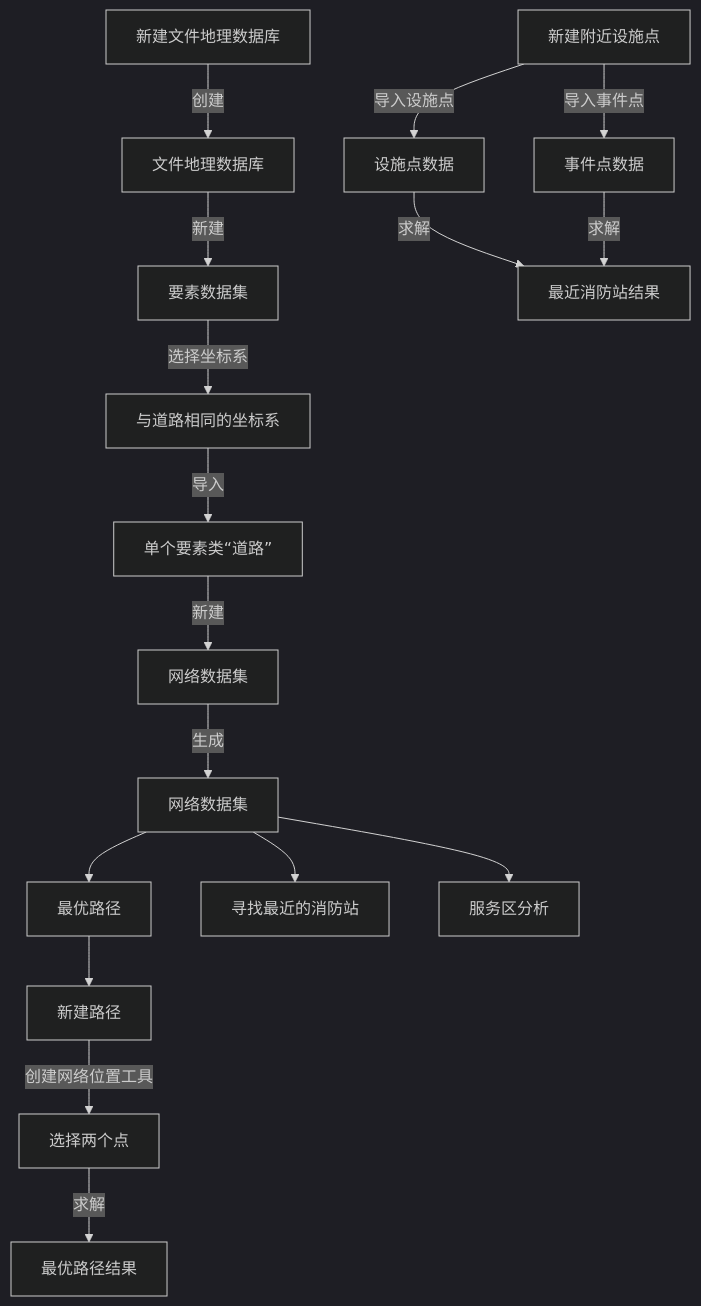
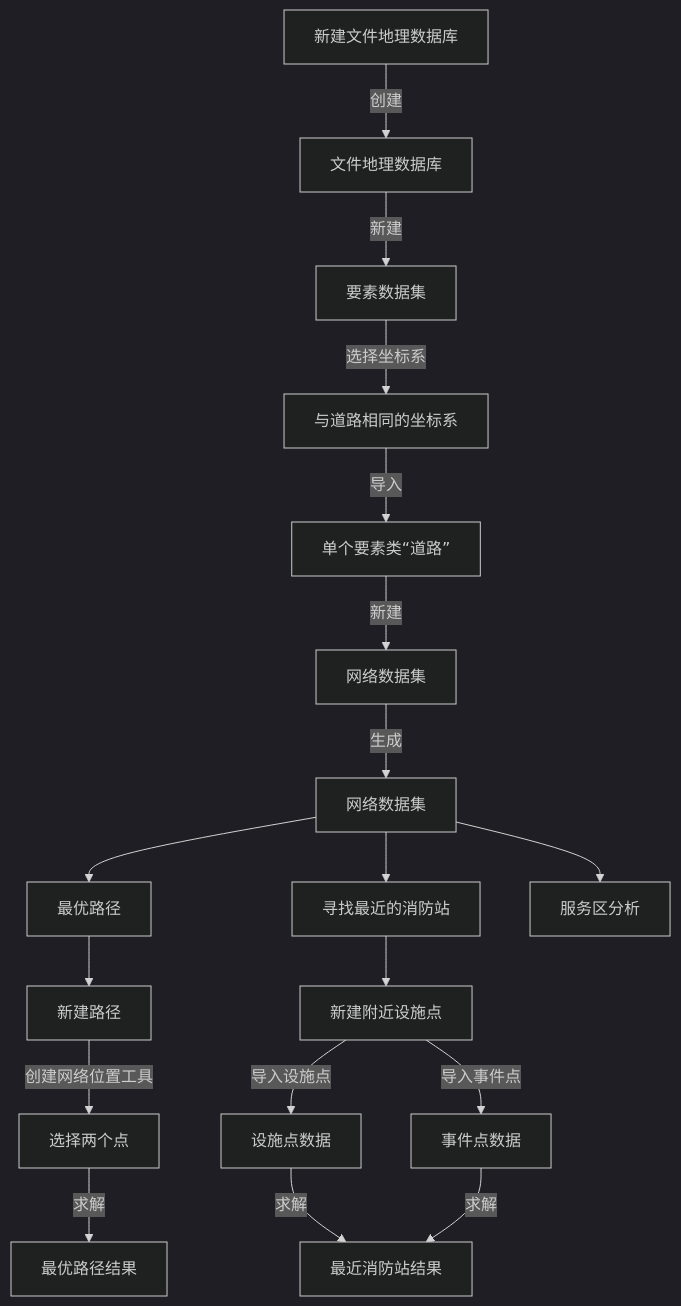
Before and after one commit to newguser/iodraw-files: the diagram in all/未命名.md, drawn with Mermaid (dark theme).

Commit message:
2025-02-27 21:17:36 update

````diff
--- a/all/未命名.md
+++ b/all/未命名.md
@@ -1,20 +1,20 @@
 ```mermaid
 graph TD
     A[新建文件地理数据库] -->|创建| B[文件地理数据库]
     B -->|新建| C[要素数据集]
     C -->|选择坐标系| D[与道路相同的坐标系]
     D -->|导入| E[单个要素类“道路”]
     E -->|新建| F[网络数据集]
     F -->|生成| G[网络数据集]
     G[网络数据集] -->H[最优路径]
     G[网络数据集] -->I[寻找最近的消防站]
     G[网络数据集] -->J[服务区分析]
     H[最优路径]-->H1[新建路径]
     H1[新建路径] -->|创建网络位置工具| H2[选择两个点]
         H2 -->|求解| H3[最优路径结果]
-    I[寻找最近的消防站]
+    I[寻找最近的消防站]-->I1[新建附近设施点]
     I1[新建附近设施点] -->|导入设施点| I2[设施点数据]
         I1 -->|导入事件点| I3[事件点数据]
         I2 -->|求解| I4[最近消防站结果]
         I3 -->|求解| I4
 ```
````
